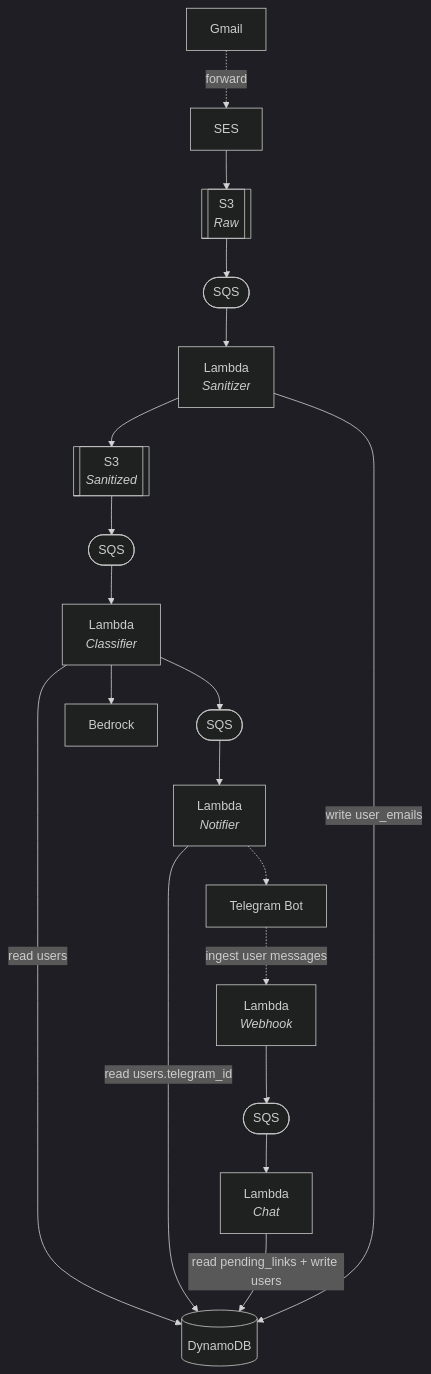
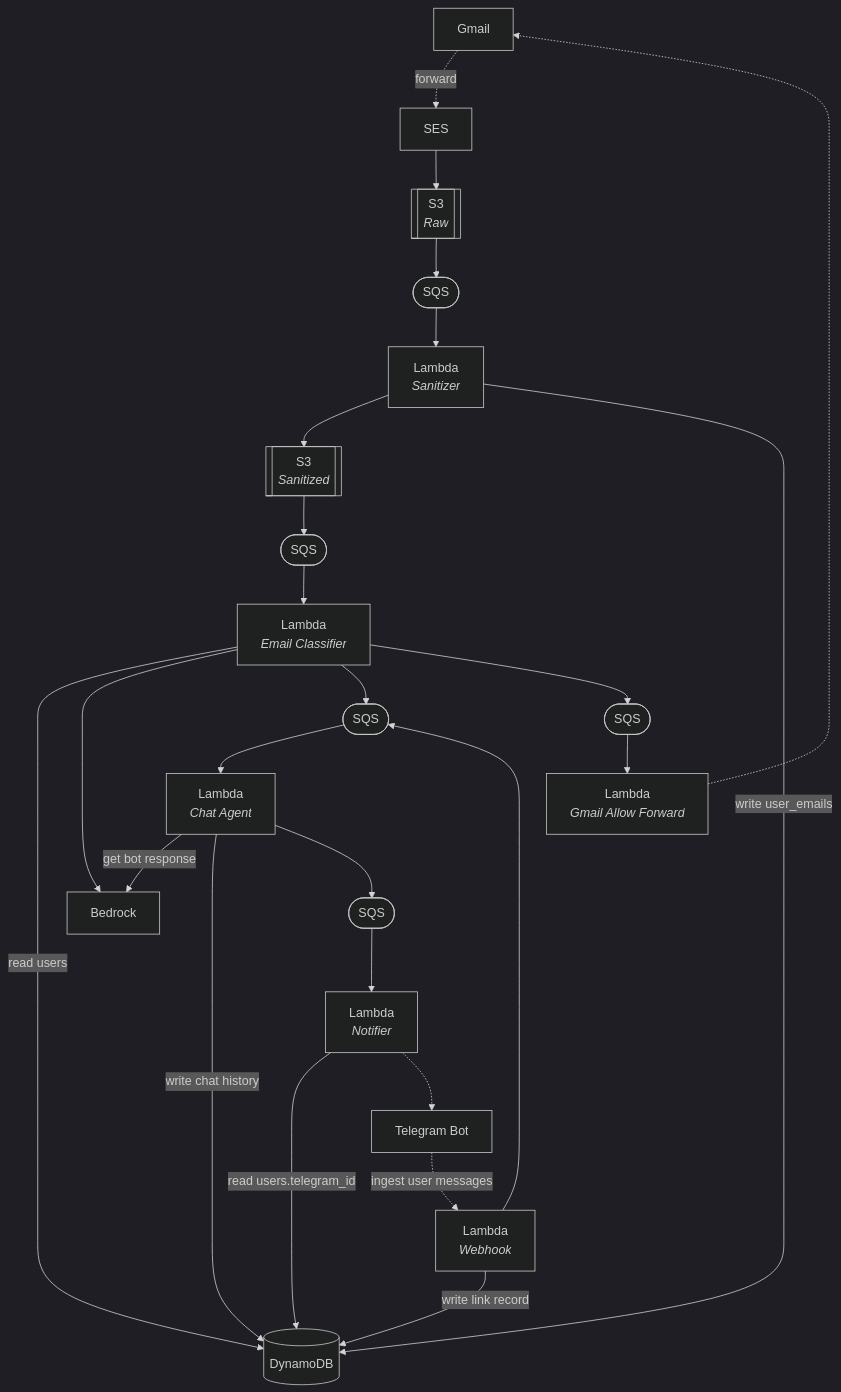
The diagram in README.md (jonpeters/needl.email), drawn with Mermaid (dark theme) before and after one commit. The commit also changed other lines of this file and 10 other files, not shown here.

Commit message:
change architecture around to facilitate chat history

````diff
--- a/README.md
+++ b/README.md
@@ -57,26 +65,33 @@
 ```mermaid
 flowchart TD
 
 Gmail[Gmail] -.forward.-> SES
 SES[SES] --> S3Inbox[[S3<br/><i>Raw</i>]]
 S3Inbox --> SQSInbox([SQS])
 SQSInbox --> LambdaSanitizer[Lambda<br/><i>Sanitizer</i>]
 
 LambdaSanitizer --> S3Sanitized[[S3<br/><i>Sanitized</i>]]
 LambdaSanitizer -->|write user_emails| Dynamo[(DynamoDB)]
 
 S3Sanitized --> SQSSanitized([SQS])
-SQSSanitized --> LambdaClassifier[Lambda<br/><i>Classifier</i>]
+SQSSanitized --> LambdaClassifier[Lambda<br/><i>Email Classifier</i>]
 LambdaClassifier -->|read users| Dynamo
 LambdaClassifier --> Bedrock[Bedrock]
 LambdaClassifier --> SQSClassified([SQS])
+LambdaClassifier --> SQSGmailAllow([SQS])
 
-SQSClassified --> LambdaNotifier[Lambda<br/><i>Notifier</i>]
+SQSGmailAllow --> LambdaGmailAllow[Lambda<br/><i>Gmail Allow Forward</i>]
+LambdaGmailAllow -.-> Gmail
+
+SQSClassified --> LambdaChat[Lambda<br/><i>Chat Agent</i>]
 LambdaNotifier -->|read users.telegram_id| Dynamo
 LambdaNotifier -.-> Telegram[Telegram Bot]
 
 Telegram -.->|ingest user messages| LambdaWebhook[Lambda<br/><i>Webhook</i>]
-LambdaWebhook --> SQSWebhook([SQS])
-SQSWebhook --> LambdaChat[Lambda<br/><i>Chat</i>]
-LambdaChat -->|read pending_links + write users| Dynamo
+LambdaWebhook -->|write link record| Dynamo
+LambdaWebhook --> SQSClassified
+LambdaChat -->|get bot response| Bedrock
+LambdaChat -->|write chat history| Dynamo
+LambdaChat --> SQSChat([SQS])
+SQSChat --> LambdaNotifier[Lambda<br/><i>Notifier</i>]
 ```
````
